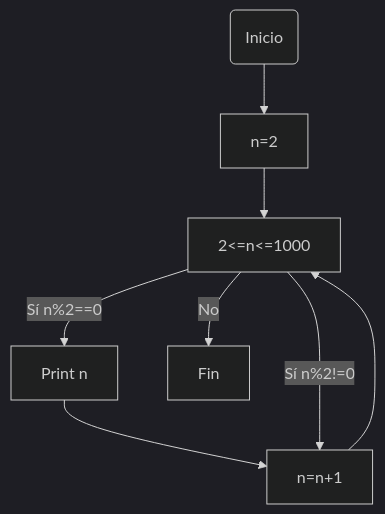
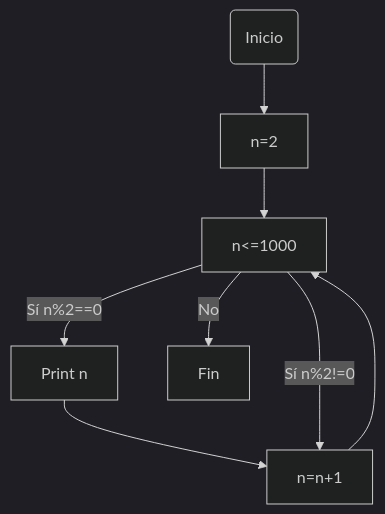
The third of 4 diagrams in README.md (Matrodri18/Reto-6), drawn with Mermaid (dark theme) before and after one commit.

````diff
--- a/README.md
+++ b/README.md
@@ -27,10 +27,10 @@
 ```mermaid
 flowchart TD
     A(Inicio) --> B[n=2]
-    B --> C[2<=n<=1000]
+    B --> C[n<=1000]
     C --> |Sí n%2==0|D["Print n"]
     D --> E["n=n+1"]
     E --> C
     C--> |Sí n%2!=0|E
     C -->|No|F[Fin]
 ```
````
